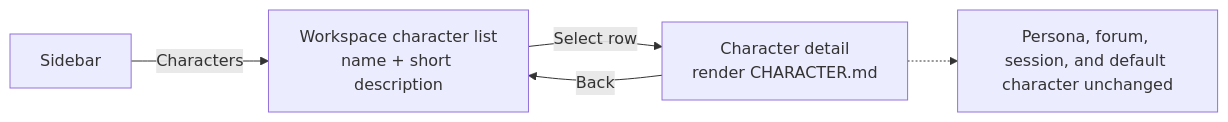
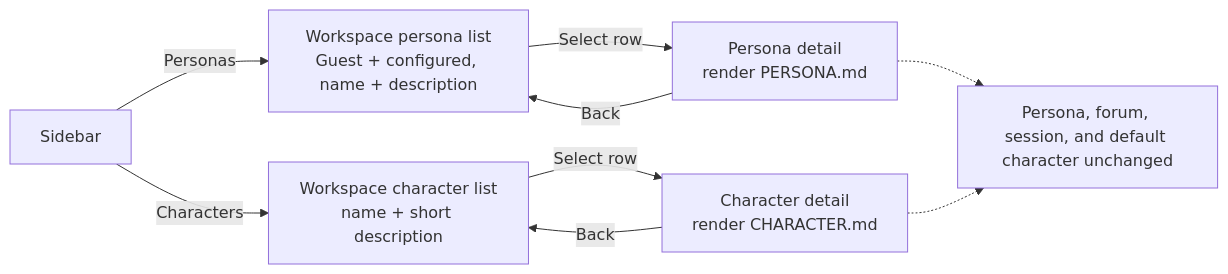
The second of 6 diagrams in docs/web-ui/flows.md (michaelpopov/cha), drawn with Mermaid before and after one commit. The commit also changed other lines of this file and 23 other files, not shown here.

````diff
--- a/docs/web-ui/flows.md
+++ b/docs/web-ui/flows.md
@@ -22,7 +27,11 @@
 ```mermaid
 flowchart LR
-    Sidebar["Sidebar"] -->|"Characters"| List["Workspace character list<br/>name + short description"]
+    Sidebar["Sidebar"] -->|"Personas"| Personas["Workspace persona list<br/>Guest + configured, name + description"]
+    Personas -->|"Select row"| PersonaDetail["Persona detail<br/>render PERSONA.md"]
+    PersonaDetail -->|"Back"| Personas
+    Sidebar -->|"Characters"| List["Workspace character list<br/>name + short description"]
     List -->|"Select row"| Detail["Character detail<br/>render CHARACTER.md"]
     Detail -->|"Back"| List
-    Detail -.-> Unchanged["Persona, forum, session, and default character unchanged"]
+    PersonaDetail -.-> Unchanged["Persona, forum, session, and default character unchanged"]
+    Detail -.-> Unchanged
 ```
````
